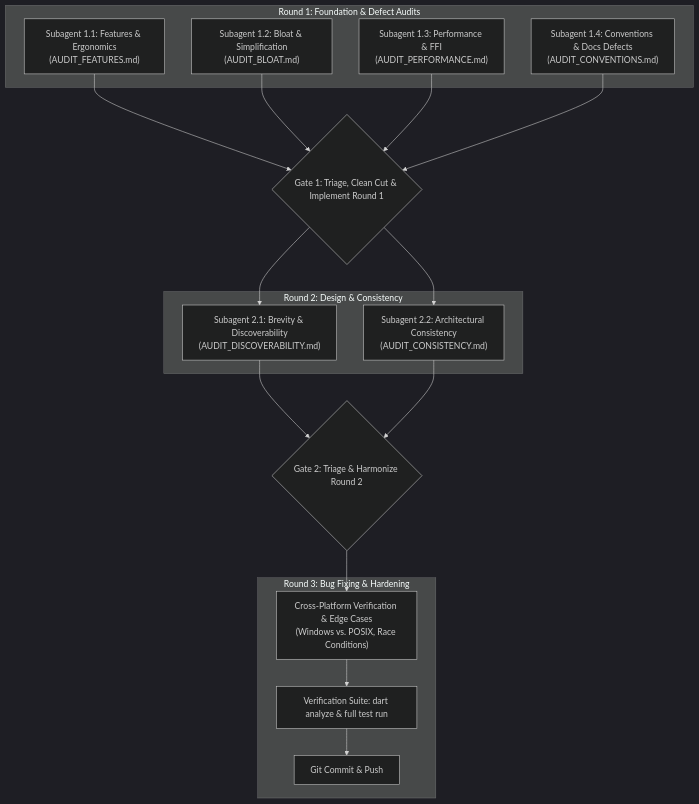
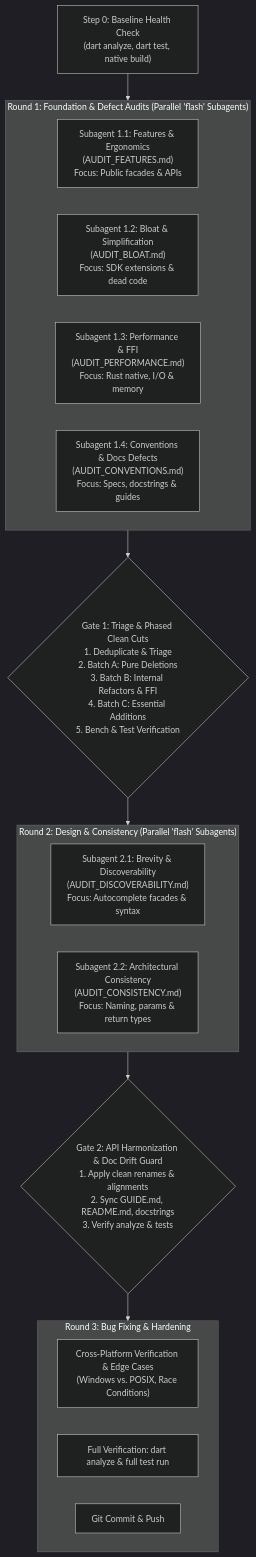
One commit to feiluvnana/dart-toolkit changed the diagram in WORKFLOW.md. Above: the diagram before and after it, drawn with Mermaid (dark theme). The commit also changed other lines of this file, not shown here.

Commit message:
docs: optimize WORKFLOW.md with Step 0, domain partitioning, model tiering, micro-batching, and benchmark guardrails

````diff
--- a/WORKFLOW.md
+++ b/WORKFLOW.md
@@ -24,36 +29,29 @@
 ```mermaid
 flowchart TD
-    subgraph Round 1: Foundation & Defect Audits
-        A1["Subagent 1.1: Features & Ergonomics\n(AUDIT_FEATURES.md)"]
-        A2["Subagent 1.2: Bloat & Simplification\n(AUDIT_BLOAT.md)"]
-        A3["Subagent 1.3: Performance & FFI\n(AUDIT_PERFORMANCE.md)"]
-        A4["Subagent 1.4: Conventions & Docs Defects\n(AUDIT_CONVENTIONS.md)"]
+    S0["Step 0: Baseline Health Check\n(dart analyze, dart test, native build)"] --> R1
+
+    subgraph R1["Round 1: Foundation & Defect Audits (Parallel 'flash' Subagents)"]
+        A1["Subagent 1.1: Features & Ergonomics\n(AUDIT_FEATURES.md)\nFocus: Public facades & APIs"]
+        A2["Subagent 1.2: Bloat & Simplification\n(AUDIT_BLOAT.md)\nFocus: SDK extensions & dead code"]
+        A3["Subagent 1.3: Performance & FFI\n(AUDIT_PERFORMANCE.md)\nFocus: Rust native, I/O & memory"]
+        A4["Subagent 1.4: Conventions & Docs Defects\n(AUDIT_CONVENTIONS.md)\nFocus: Specs, docstrings & guides"]
     end
 
-    G1{"Gate 1: Triage, Clean Cut & Implement Round 1"}
+    R1 --> G1{"Gate 1: Triage & Phased Clean Cuts\n1. Deduplicate & Triage\n2. Batch A: Pure Deletions\n3. Batch B: Internal Refactors & FFI\n4. Batch C: Essential Additions\n5. Bench & Test Verification"}
 
-    subgraph Round 2: Design & Consistency
-        B1["Subagent 2.1: Brevity & Discoverability\n(AUDIT_DISCOVERABILITY.md)"]
-        B2["Subagent 2.2: Architectural Consistency\n(AUDIT_CONSISTENCY.md)"]
+    subgraph R2["Round 2: Design & Consistency (Parallel 'flash' Subagents)"]
+        B1["Subagent 2.1: Brevity & Discoverability\n(AUDIT_DISCOVERABILITY.md)\nFocus: Autocomplete facades & syntax"]
+        B2["Subagent 2.2: Architectural Consistency\n(AUDIT_CONSISTENCY.md)\nFocus: Naming, params & return types"]
     end
 
-    G2{"Gate 2: Triage & Harmonize Round 2"}
+    G1 --> R2
+    R2 --> G2{"Gate 2: API Harmonization & Doc Drift Guard\n1. Apply clean renames & alignments\n2. Sync GUIDE.md, README.md, docstrings\n3. Verify analyze & tests"}
 
-    subgraph Round 3: Bug Fixing & Hardening
+    subgraph R3["Round 3: Bug Fixing & Hardening"]
         C1["Cross-Platform Verification & Edge Cases\n(Windows vs. POSIX, Race Conditions)"]
-        C2["Verification Suite: dart analyze & full test run"]
+        C2["Full Verification: dart analyze & full test run"]
         C3["Git Commit & Push"]
     end
 
-    A1 --> G1
-    A2 --> G1
-    A3 --> G1
-    A4 --> G1
-    G1 --> B1
-    G1 --> B2
-    B1 --> G2
-    B2 --> G2
-    G2 --> C1
-    C1 --> C2
-    C2 --> C3
+    G2 --> R3
 ```
````
